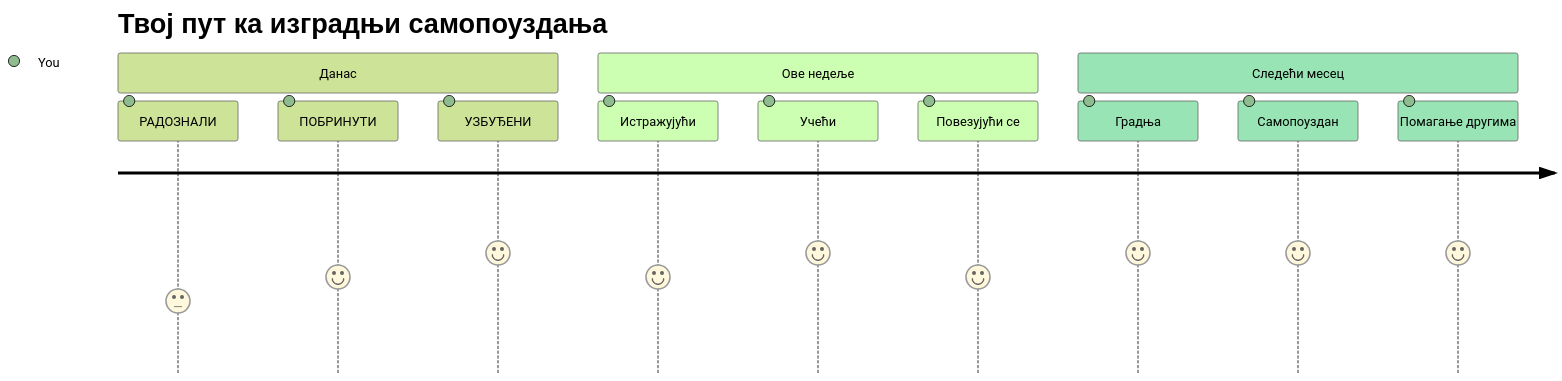
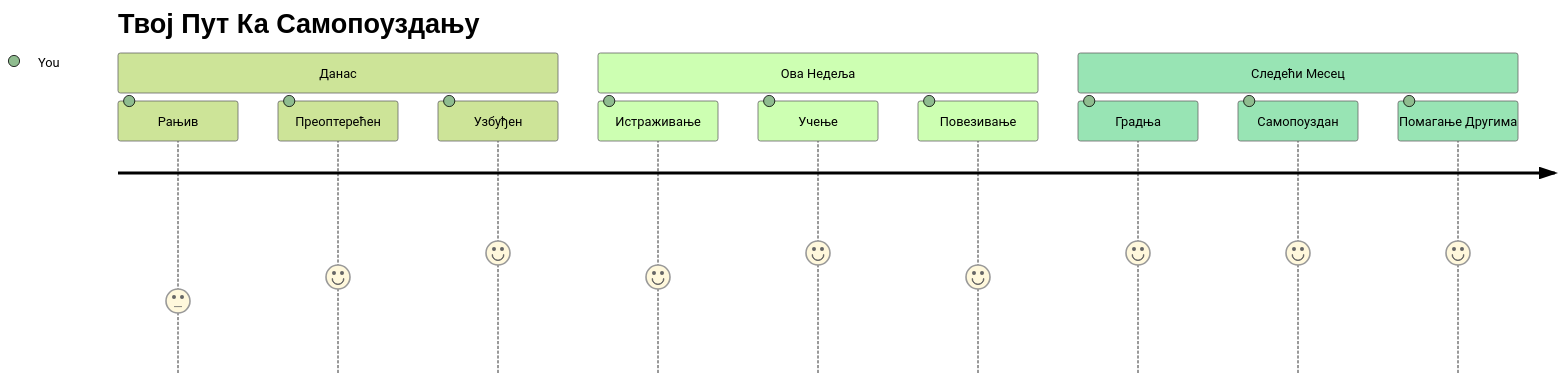
The seventh of 7 diagrams in translations/sr/1-getting-started-lessons/1-intro-to-programming-languages/README.md (microsoft/Web-Dev-For-Beginners), drawn with Mermaid (forest theme) before and after one commit. The commit also changed other lines of this file and 11 other files, not shown here.

````diff
--- a/translations/sr/1-getting-started-lessons/1-intro-to-programming-languages/README.md
+++ b/translations/sr/1-getting-started-lessons/1-intro-to-programming-languages/README.md
@@ -829,16 +833,16 @@
 ```mermaid
 journey
-    title Твој пут ка изградњи самопоуздања
+    title Твој Пут Ка Самопоуздању
     section Данас
-      РАДОЗНАЛИ: 3: You
-      ПОБРИНУТИ: 4: You
-      УЗБУЂЕНИ: 5: You
-    section Ове недеље
-      Истражујући: 4: You
-      Учећи: 5: You
-      Повезујући се: 4: You
-    section Следећи месец
+      Рањив: 3: You
+      Преоптерећен: 4: You
+      Узбуђен: 5: You
+    section Ова Недеља
+      Истраживање: 4: You
+      Учење: 5: You
+      Повезивање: 4: You
+    section Следећи Месец
       Градња: 5: You
       Самопоуздан: 5: You
-      Помагање другима: 5: You
-```  
+      Помагање Другима: 5: You
+```
````
